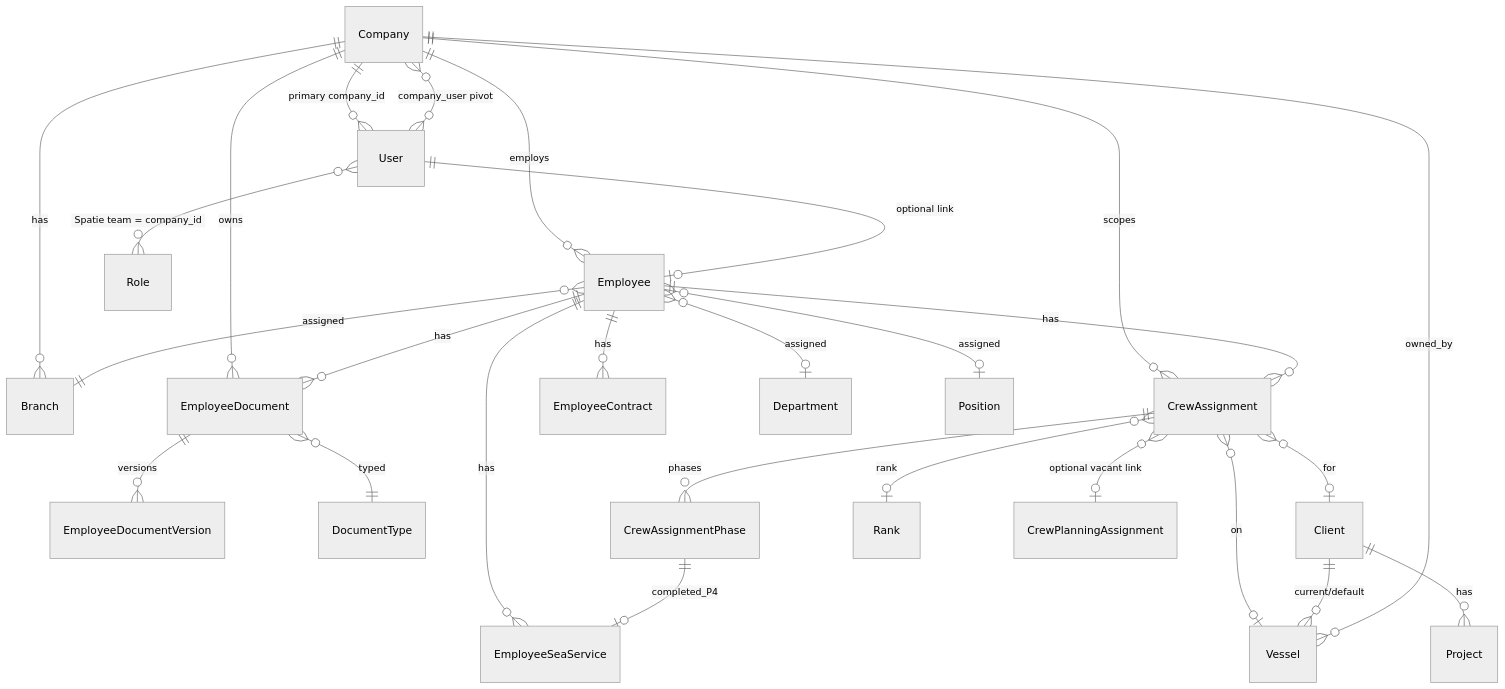
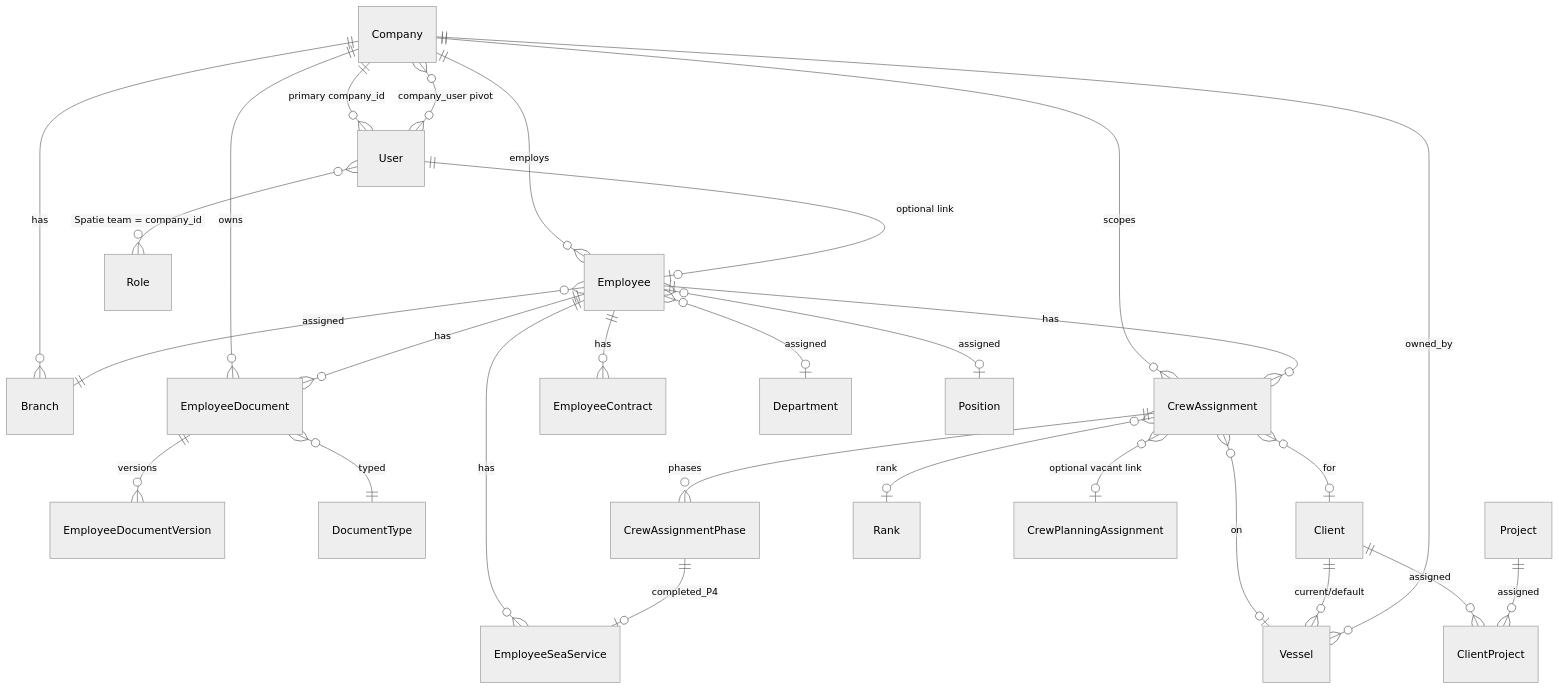
The first of 8 diagrams in docs/architecture/domains.md (rabil007/HRM), drawn with Mermaid (neutral theme) before and after one commit. The commit also changed 2 other files, not shown here.

Commit message:
test: align employee import fixture with project client integrity

````diff
--- a/docs/architecture/domains.md
+++ b/docs/architecture/domains.md
@@ -11,34 +11,35 @@
 ```mermaid
 erDiagram
     Company ||--o{ Branch : has
     Company ||--o{ Employee : employs
     Company ||--o{ User : "primary company_id"
     Company }o--o{ User : "company_user pivot"
     Company ||--o{ EmployeeDocument : owns
     Company ||--o{ CrewAssignment : scopes
 
     User ||--o| Employee : "optional link"
     User }o--o{ Role : "Spatie team = company_id"
 
     Employee ||--o{ EmployeeDocument : has
     Employee ||--o{ CrewAssignment : has
     Employee ||--o{ EmployeeContract : has
     Employee ||--o{ EmployeeSeaService : has
     Employee }o--|| Branch : assigned
     Employee }o--o| Department : assigned
     Employee }o--o| Position : assigned
 
     EmployeeDocument ||--o{ EmployeeDocumentVersion : versions
     EmployeeDocument }o--|| DocumentType : typed
 
     CrewAssignment ||--o{ CrewAssignmentPhase : phases
     CrewAssignment }o--o| Vessel : on
     CrewAssignment }o--o| Client : for
     CrewAssignment }o--o| Rank : rank
     CrewAssignment }o--o| CrewPlanningAssignment : "optional vacant link"
     CrewAssignmentPhase ||--o| EmployeeSeaService : completed_P4
 
-    Client ||--o{ Project : has
+    Client ||--o{ ClientProject : assigned
+    Project ||--o{ ClientProject : assigned
     Client ||--o{ Vessel : "current/default"
     Vessel }o--|| Company : owned_by
 ```
````
